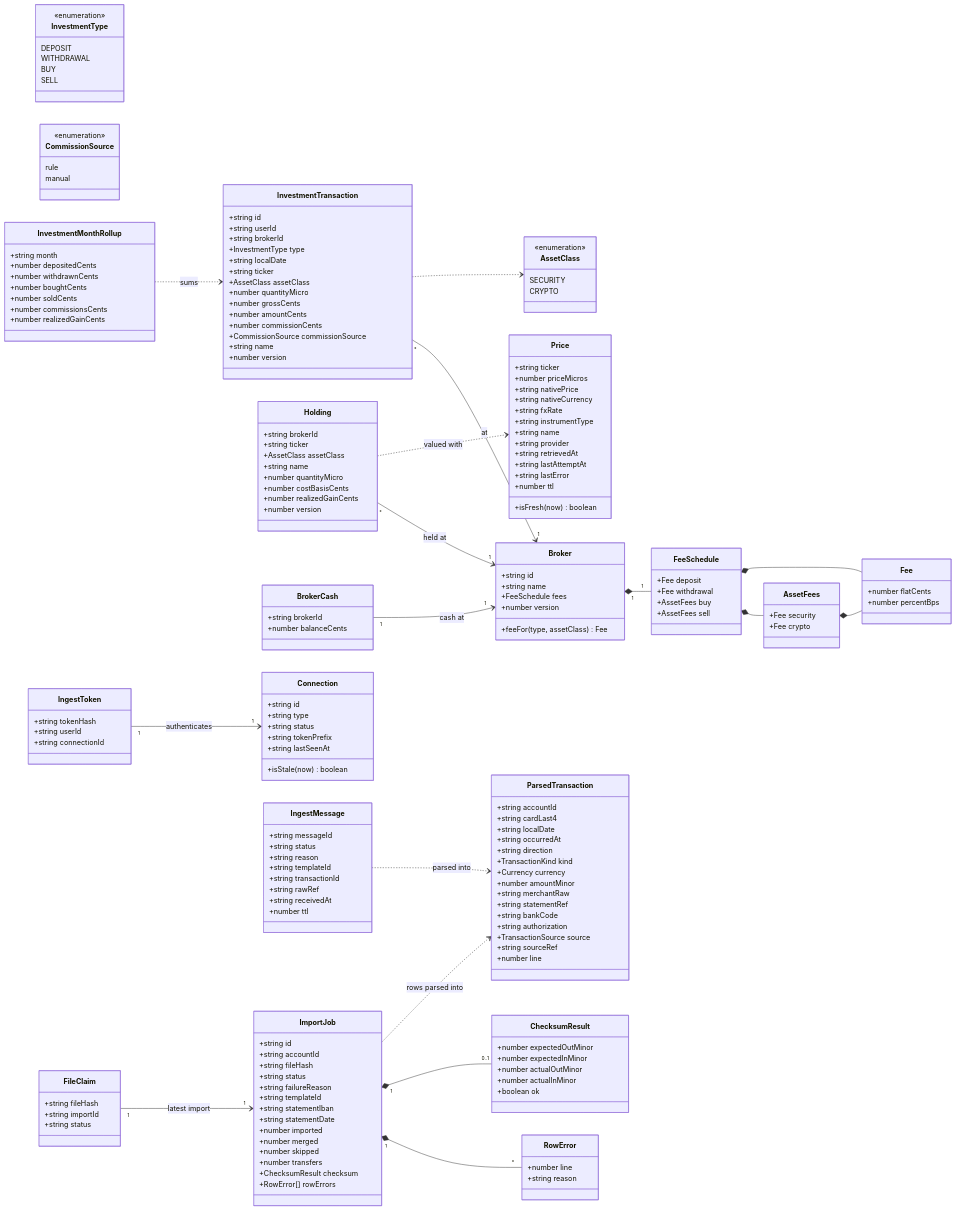
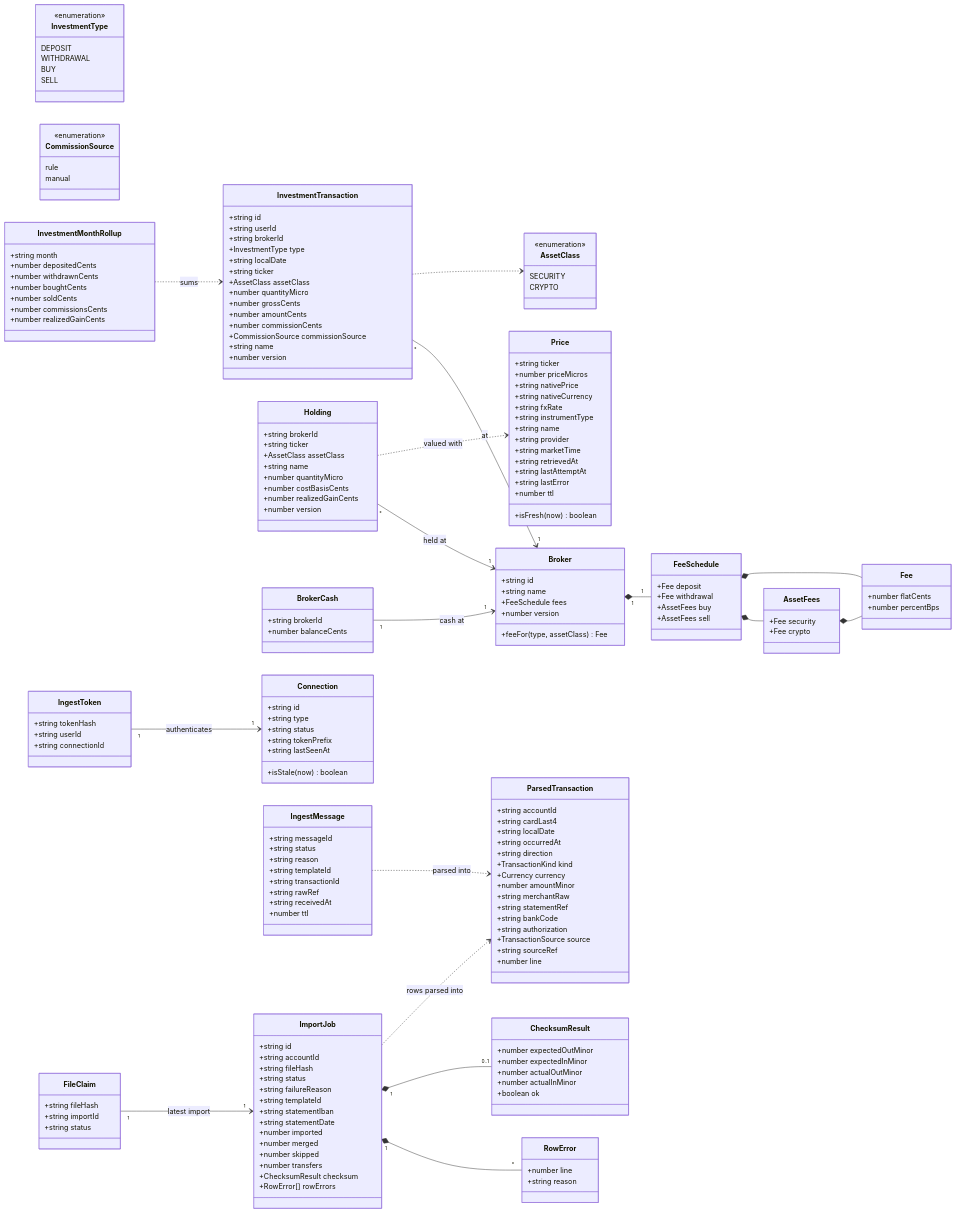
Before and after one commit to Ezequiel294/cs3365-finance-app: the second of 26 diagrams in docs/diagrams/class-diagram.md, drawn with Mermaid. The commit also changed other lines of this file and 18 other files, not shown here.

Commit message:
attempt 3 design/architecture changes

```diff
--- a/docs/diagrams/class-diagram.md
+++ b/docs/diagrams/class-diagram.md
@@ -352,6 +356,7 @@
         +string instrumentType
         +string name
         +string provider
+        +string marketTime
         +string retrievedAt
         +string lastAttemptAt
         +string lastError
```
